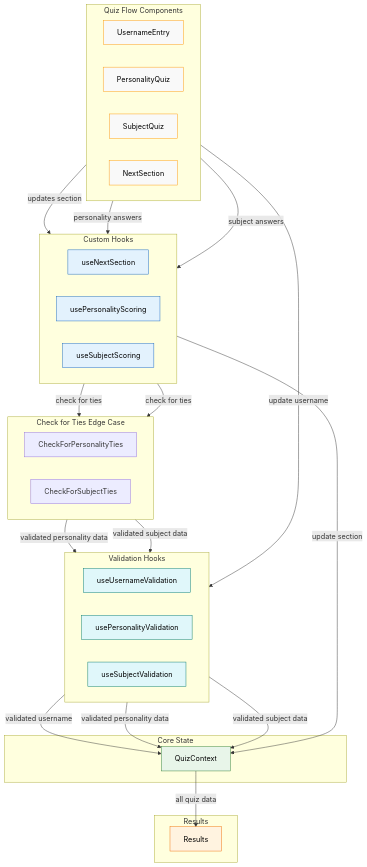
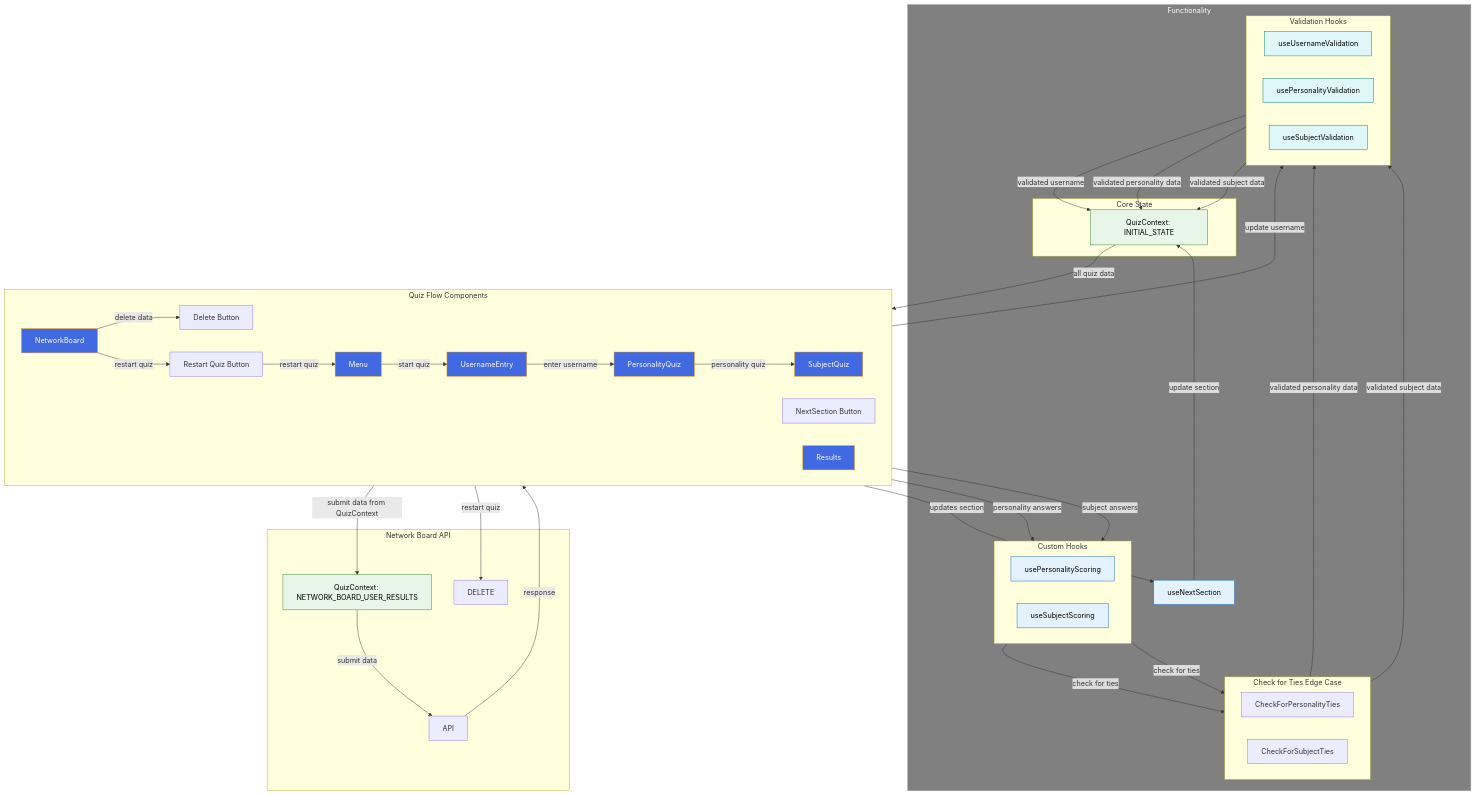
Before and after one commit to lmcrean/steam-report-mern: the diagram in docs/diagrams/data_flow_architecture.md, drawn with Mermaid. The commit also changed 9 other files, not shown here.

First line of the commit message:
feat: Update Network Board and Career Recommendation functionality, seperating concerns in Context, Revise Data Flow architecture in data_flow_architecture.md

````diff
--- a/docs/diagrams/data_flow_architecture.md
+++ b/docs/diagrams/data_flow_architecture.md
@@ -2,39 +2,56 @@
    graph TD
        subgraph QuizFlowComponents ["Quiz Flow Components"]
            direction LR
+           M[Menu]
            U[UsernameEntry]
            P[PersonalityQuiz]
            S[SubjectQuiz]
-           NS[NextSection]
+           NS[NextSection Button]
+           R[Results]
+           NB[NetworkBoard]
+           DB[Delete Button]
+           RE[Restart Quiz Button]
        end
 
-       subgraph CustomHooks ["Custom Hooks"]
-           direction LR
-           N[useNextSection]
-           PS[usePersonalityScoring]
-           SS[useSubjectScoring]
+       subgraph Functionality ["Functionality"]
+        subgraph CustomHooks ["Custom Hooks"]
+            direction LR
+            
+            PS[usePersonalityScoring]
+            SS[useSubjectScoring]
+        end
+
+        N[useNextSection]
+
+        subgraph CheckForTies ["Check for Ties Edge Case"]
+            direction LR
+            PST[CheckForPersonalityTies]
+            SST[CheckForSubjectTies]
+        end
+
+        subgraph ValidationHooks ["Validation Hooks"]
+            direction LR
+            NU[useUsernameValidation]
+            PV[usePersonalityValidation]
+            SV[useSubjectValidation]
+        end
+
+        subgraph CoreState ["Core State"]
+            QC[QuizContext: INITIAL_STATE]
+        end
+    end
+
+       subgraph NetworkBoardAPI ["Network Board API"]
+           NA[QuizContext: NETWORK_BOARD_USER_RESULTS]
+           A[API]
+
+           D[DELETE]
        end
 
-       subgraph CheckForTies ["Check for Ties Edge Case"]
-           direction LR
-           PST[CheckForPersonalityTies]
-           SST[CheckForSubjectTies]
-       end
-
-       subgraph ValidationHooks ["Validation Hooks"]
-           direction LR
-           NU[useUsernameValidation]
-           PV[usePersonalityValidation]
-           SV[useSubjectValidation]
-       end
-
-       subgraph CoreState ["Core State"]
-           QC[QuizContext]
-       end
-
-       subgraph ResultsComponent ["Results"]
-           R[Results]
-       end
+       %% Menu to UsernameEntry
+       M -->|"start quiz"| U
+       U -->|"enter username"| P
+       P -->|"personality quiz"| S
 
        %% Data flow connections
        NS -->|"updates section"| N
@@ -59,16 +76,27 @@
        %% Context provides state back to Results
        QC -->|"all quiz data"| R
 
-       classDef flow fill:#f9f9f9,stroke:#ff9800,color:#000
+       %% Results submits data to Network Board API
+       R -->|"submit data from QuizContext"| NA
+       NA -->|"submit data"| A
+       A -->|"response"| NB
+       NB -->|"delete data"| DB
+       DB -->|"restart quiz"| D
+       NB -->|"restart quiz"| RE
+       RE -->|"restart quiz"| M
+
+
+       classDef flow fill:royalblue,stroke:#ff9800,color:white
        classDef hooks fill:#e3f2fd,stroke:#1565c0,color:#000
        classDef core fill:#e8f5e9,stroke:#2e7d32,color:#000
        classDef results fill:#fff3e0,stroke:#ef6c00,color:#000
        classDef validation fill:#e0f7fa,stroke:#00796b,color:#000
+       classDef functionality fill:grey,stroke:#9e9e9e,color:white
 
-       class U,P,S,NS flow
+       class M,U,P,S,R,NB flow
        class N,PS,SS hooks
        class PST,SST ties
        class NU,PV,SV validation
-       class QC core
-       class R results
+       class QC,NA core
+       class Functionality functionality
 ```
````
